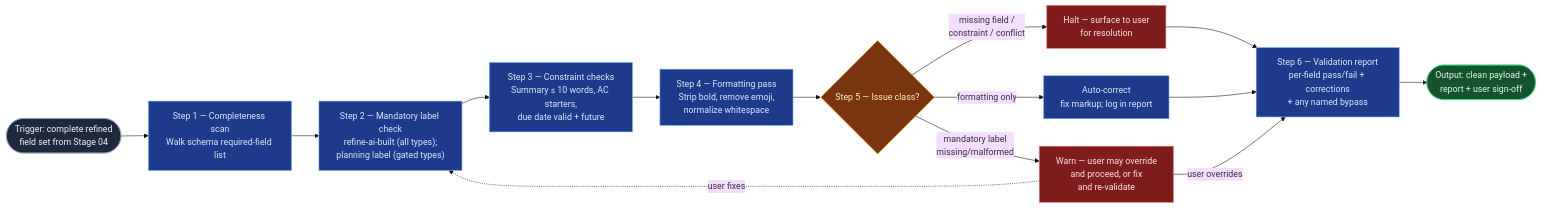
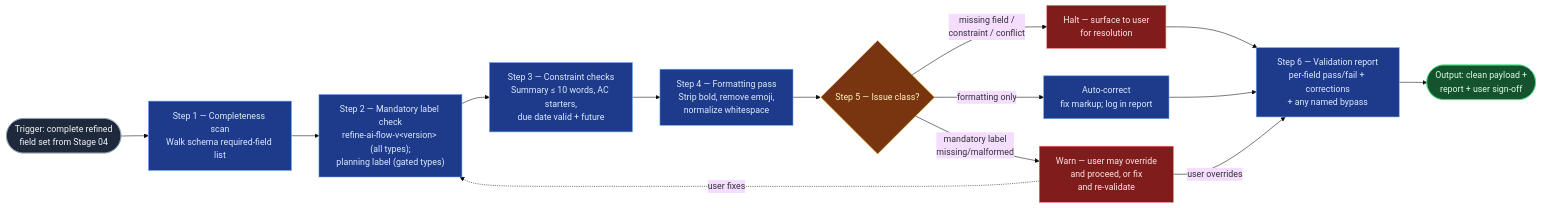
One commit to RafySauce/flow-lab changed the diagram in produced-skills/workitem-validation/SKILL.md. Above: the diagram before and after it, drawn with Mermaid (base theme). The commit also changed other lines of this file and 12 other files, not shown here.

First line of the commit message:
Version the ai-refinement provenance label; add Stage 01 session-start heads-up

````diff
--- a/produced-skills/workitem-validation/SKILL.md
+++ b/produced-skills/workitem-validation/SKILL.md
@@ -40,22 +40,22 @@
 ```mermaid
 flowchart LR
     Start(["Trigger: complete refined<br/>field set from Stage 04"]):::start --> C["Step 1 — Completeness scan<br/>Walk schema required-field list"]:::process
-    C --> ML["Step 2 — Mandatory label check<br/>refine-ai-built (all types);<br/>planning label (gated types)"]:::process
+    C --> ML["Step 2 — Mandatory label check<br/>refine-ai-flow-v&lt;version&gt; (all types);<br/>planning label (gated types)"]:::process
     ML --> K["Step 3 — Constraint checks<br/>Summary ≤ 10 words, AC starters,<br/>due date valid + future"]:::process
     K --> F["Step 4 — Formatting pass<br/>Strip bold, remove emoji,<br/>normalize whitespace"]:::process
     F --> D{"Step 5 — Issue class?"}:::decision
     D -->|"formatting only"| AC["Auto-correct<br/>fix markup; log in report"]:::process
     D -->|"missing field /<br/>constraint / conflict"| H["Halt — surface to user<br/>for resolution"]:::halt
     D -->|"mandatory label<br/>missing/malformed"| W["Warn — user may override<br/>and proceed, or fix<br/>and re-validate"]:::halt
     H --> R
     AC --> R["Step 6 — Validation report<br/>per-field pass/fail + corrections<br/>+ any named bypass"]:::process
     W -->|"user overrides"| R
     W -.->|"user fixes"| ML
     R --> Output(["Output: clean payload +<br/>report + user sign-off"]):::output
 
     classDef start fill:#1e293b,stroke:#94a3b8,color:#f1f5f9
     classDef process fill:#1e3a8a,stroke:#60a5fa,color:#dbeafe
     classDef decision fill:#78350f,stroke:#fbbf24,color:#fef3c7
     classDef output fill:#14532d,stroke:#4ade80,color:#dcfce7
     classDef halt fill:#7f1d1d,stroke:#f87171,color:#fee2e2
 ```
````
